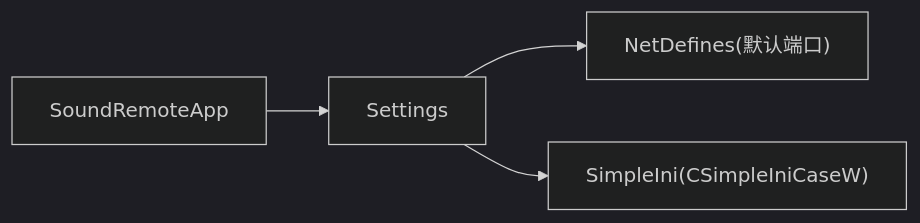
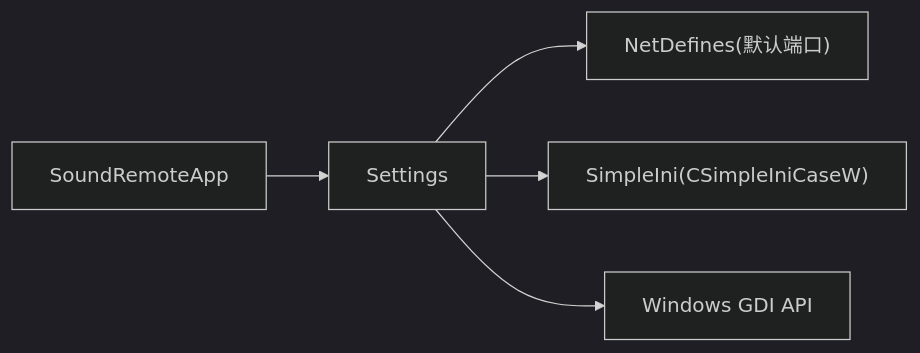
Before and after one commit to tea4go/SoundRemote-WinServer: the seventh of 7 diagrams in .qoder/repowiki/zh/content/核心模块/配置管理模块.md, drawn with Mermaid (dark theme). The commit also changed other lines of this file and 11 other files, not shown here.

````diff
--- a/.qoder/repowiki/zh/content/核心模块/配置管理模块.md
+++ b/.qoder/repowiki/zh/content/核心模块/配置管理模块.md
@@ -353,6 +432,7 @@
 ```mermaid
 graph LR
 App["SoundRemoteApp"] --> S["Settings"]
 S --> N["NetDefines(默认端口)"]
 S --> SI["SimpleIni(CSimpleIniCaseW)"]
+S --> GDI["Windows GDI API"]
 ```
````
